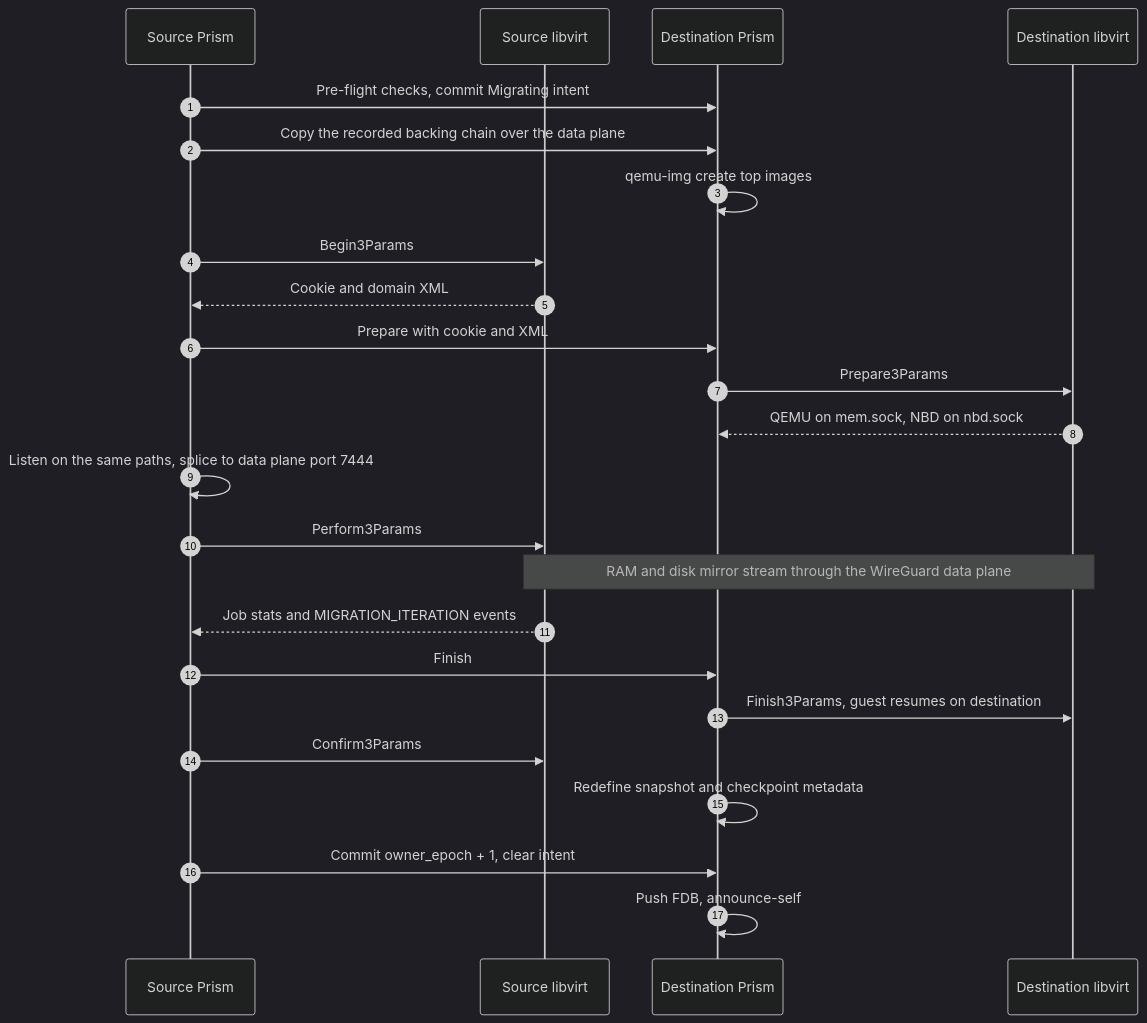
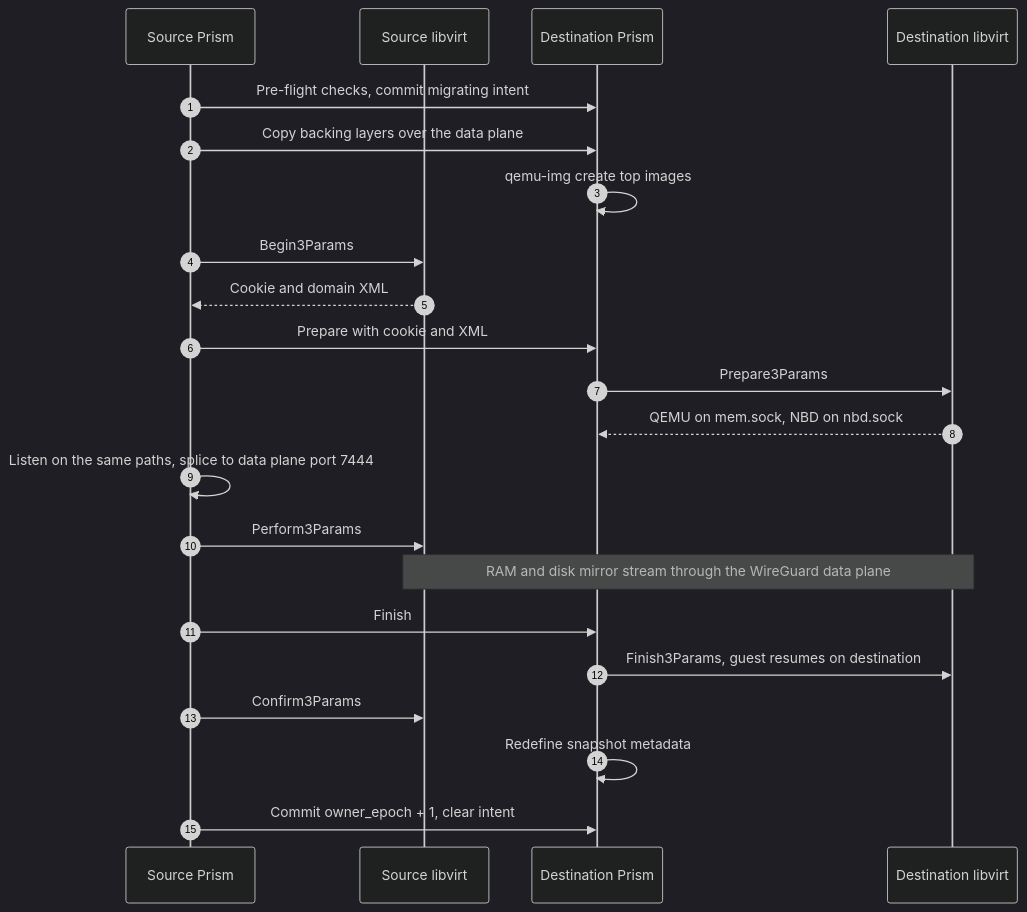
The seventh of 10 diagrams in docs/DESIGN.md (brenfwd/prism), drawn with Mermaid (dark theme) before and after one commit. The commit also changed other lines of this file and 2 other files, not shown here.

````diff
--- a/docs/DESIGN.md
+++ b/docs/DESIGN.md
@@ -952,26 +816,24 @@
 ```mermaid
 sequenceDiagram
     autonumber
     participant SP as Source Prism
     participant SL as Source libvirt
     participant DP as Destination Prism
     participant DL as Destination libvirt
-    SP->>DP: Pre-flight checks, commit Migrating intent
-    SP->>DP: Copy the recorded backing chain over the data plane
+    SP->>DP: Pre-flight checks, commit migrating intent
+    SP->>DP: Copy backing layers over the data plane
     DP->>DP: qemu-img create top images
     SP->>SL: Begin3Params
     SL-->>SP: Cookie and domain XML
     SP->>DP: Prepare with cookie and XML
     DP->>DL: Prepare3Params
     DL-->>DP: QEMU on mem.sock, NBD on nbd.sock
     SP->>SP: Listen on the same paths, splice to data plane port 7444
     SP->>SL: Perform3Params
     Note over SL,DL: RAM and disk mirror stream through the WireGuard data plane
-    SL-->>SP: Job stats and MIGRATION_ITERATION events
     SP->>DP: Finish
     DP->>DL: Finish3Params, guest resumes on destination
     SP->>SL: Confirm3Params
-    DP->>DP: Redefine snapshot and checkpoint metadata
+    DP->>DP: Redefine snapshot metadata
     SP->>DP: Commit owner_epoch + 1, clear intent
-    DP->>DP: Push FDB, announce-self
 ```
````
